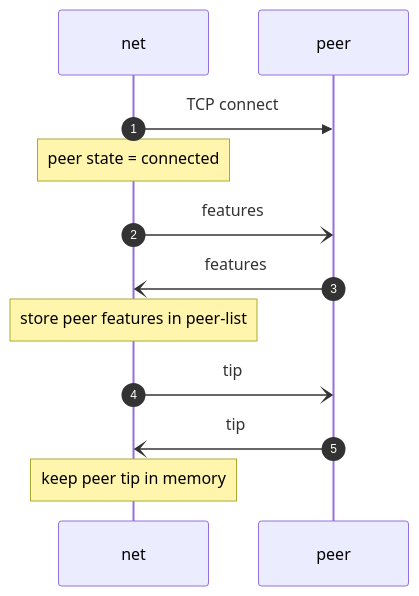
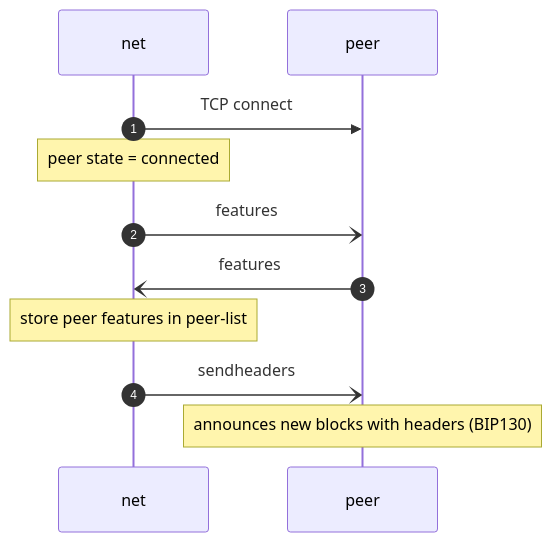
One commit to VakthundBTC/spec changed the first of 4 diagrams in 3-requirements/3.2.1-net.md. Above: the diagram before and after it, drawn with Mermaid. The commit also changed other lines of this file and 10 other files, not shown here.

````diff
--- a/3-requirements/3.2.1-net.md
+++ b/3-requirements/3.2.1-net.md
@@ -54,14 +57,13 @@
 ```mermaid
 sequenceDiagram
     autonumber
     participant N as net
     participant P as peer
     N ->> P: TCP connect
     Note over N: peer state = connected
     N -) P: features
     P -) N: features
     Note over N: store peer features in peer-list
-    N -) P: tip
-    P -) N: tip
-    Note over N: keep peer tip in memory
+    N -) P: sendheaders
+    Note over P: announces new blocks with headers (BIP130)
 ```
````
